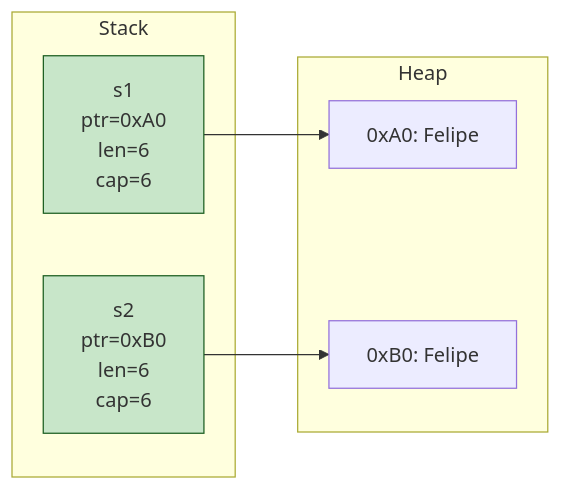
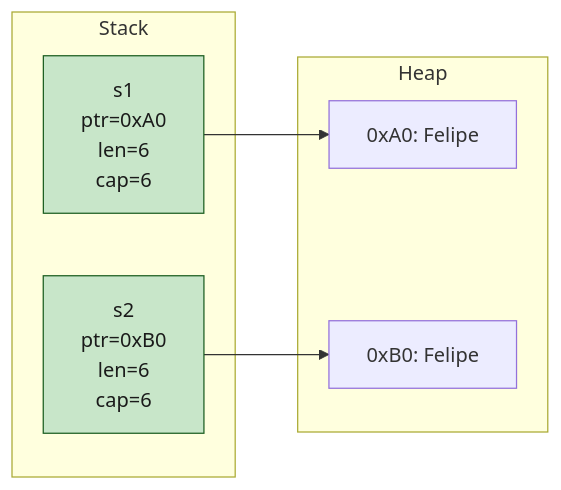
One commit to Felipeness/ferro-e-espirito changed the seventh of 7 diagrams in book/part-04-ownership/ch10-ownership-regras.md. Above: the diagram before and after it, drawn with Mermaid. The commit also changed other lines of this file and 56 other files, not shown here.

First line of the commit message:
fix: contraste de texto em diagramas mermaid

````diff
--- a/book/part-04-ownership/ch10-ownership-regras.md
+++ b/book/part-04-ownership/ch10-ownership-regras.md
@@ -458,16 +458,16 @@
 ```mermaid
 graph LR
     subgraph StackD[Stack]
         s1D["s1<br/>ptr=0xA0<br/>len=6<br/>cap=6"]
         s2D["s2<br/>ptr=0xB0<br/>len=6<br/>cap=6"]
     end
     subgraph HeapD[Heap]
         h1d["0xA0: Felipe"]
         h2d["0xB0: Felipe"]
     end
     s1D --> h1d
     s2D --> h2d
 
-    style s1D fill:#c8e6c9,stroke:#1b5e20
-    style s2D fill:#c8e6c9,stroke:#1b5e20
+    style s1D fill:#c8e6c9,stroke:#1b5e20,color:#1a1a1a
+    style s2D fill:#c8e6c9,stroke:#1b5e20,color:#1a1a1a
 ```
````
